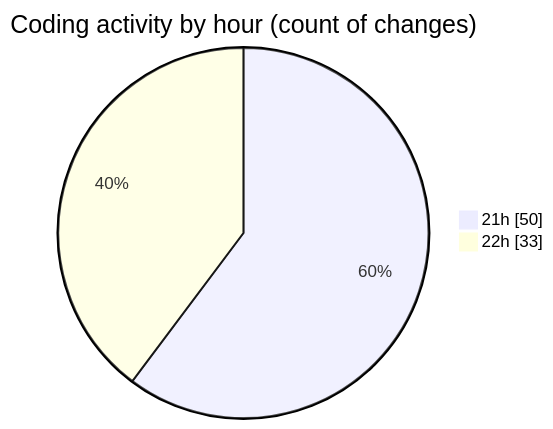
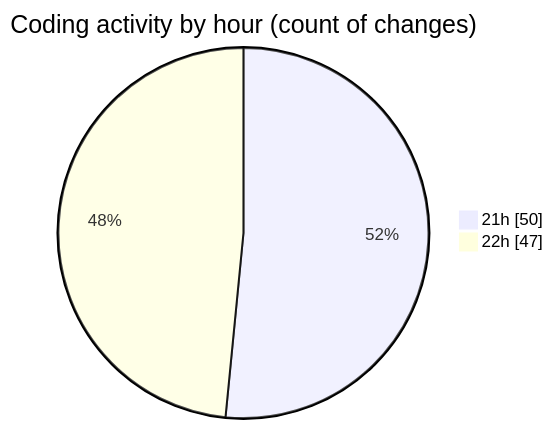
The second of 2 diagrams in 2025-07-22/nhahang/README.md (lephambinh05/code-tracking), drawn with Mermaid before and after one commit. The commit also changed other lines of this file and 1 other file, not shown here.

````diff
--- a/2025-07-22/nhahang/README.md
+++ b/2025-07-22/nhahang/README.md
@@ -69,6 +76,6 @@
 ```mermaid
 pie showData
 title Coding activity by hour (count of changes)
 "21h" : 50
-"22h" : 33
+"22h" : 47
 ```
````
